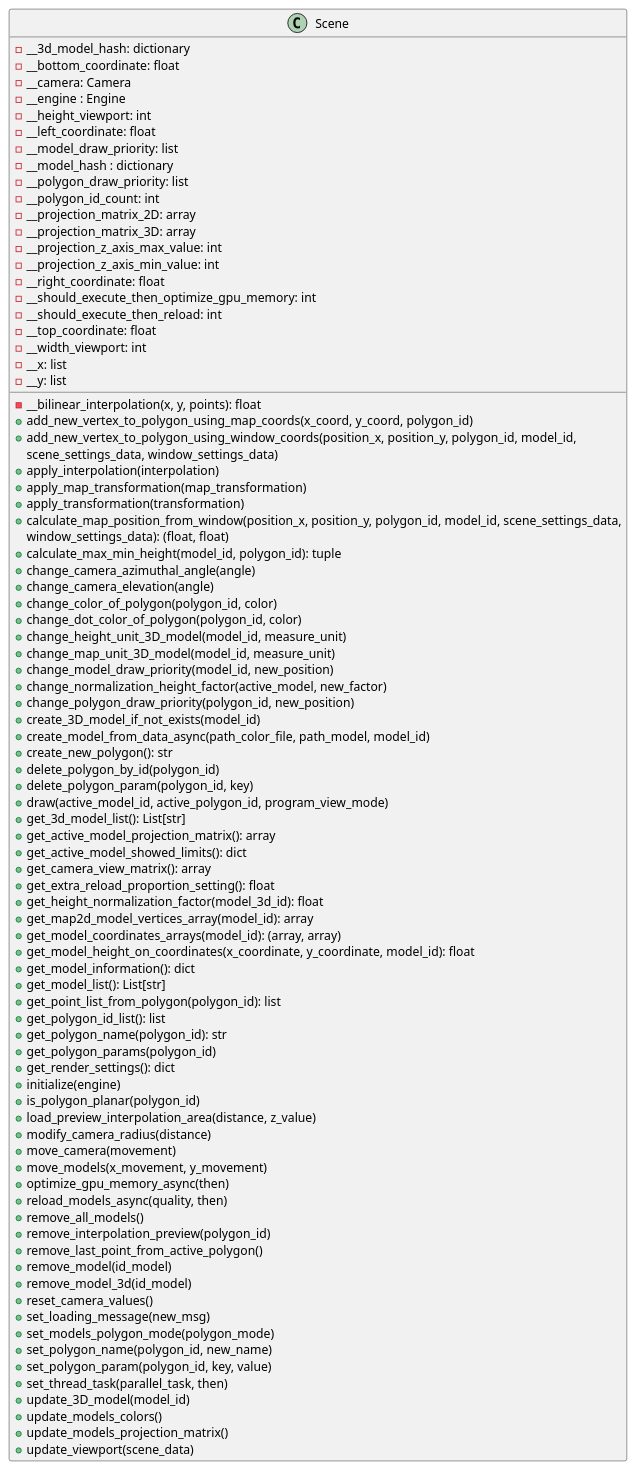
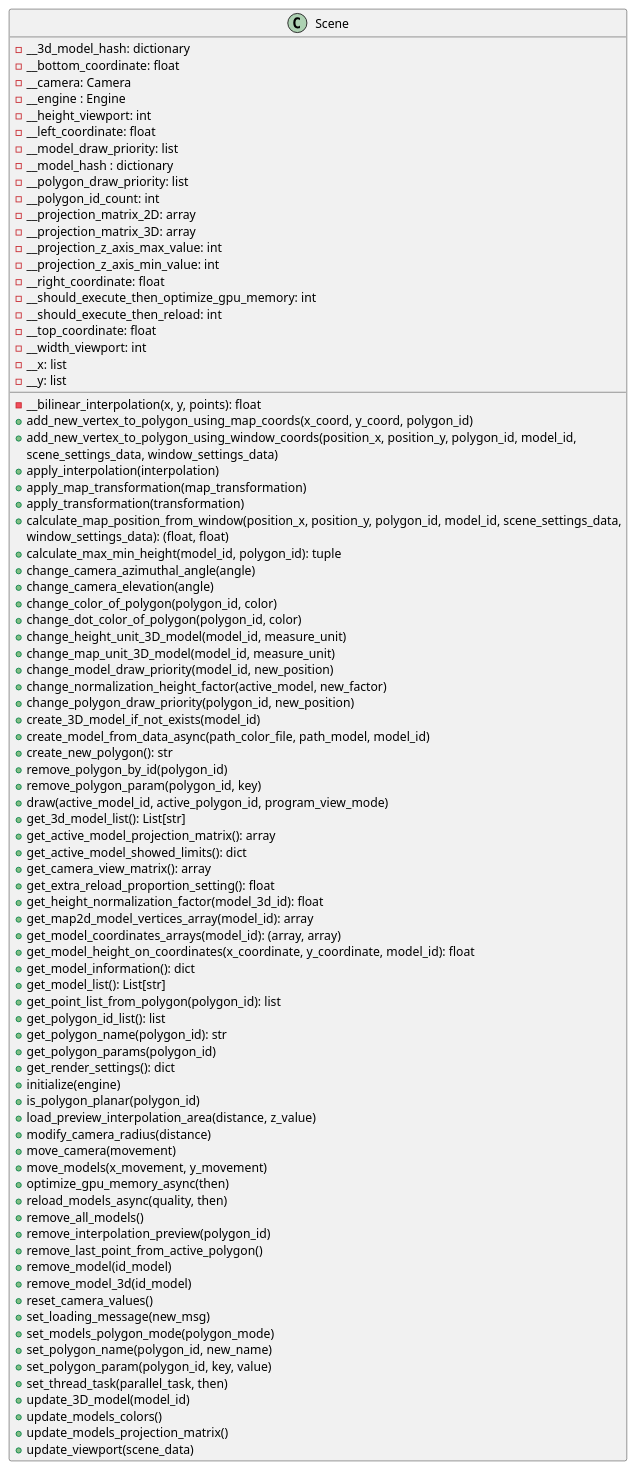
Before and after one commit to ferpoble2/Relief_Creator: the diagram in docs/classes/Scene.puml, drawn with PlantUML. The commit also changed 4 other files, not shown here.

```diff
--- a/docs/classes/Scene.puml
+++ b/docs/classes/Scene.puml
@@ -1,90 +1,90 @@
 @startuml
     class Scene{
         - __bilinear_interpolation(x, y, points): float
         + add_new_vertex_to_polygon_using_map_coords(x_coord, y_coord, polygon_id)
         + add_new_vertex_to_polygon_using_window_coords(position_x, position_y, polygon_id, model_id,
                                                         scene_settings_data, window_settings_data)
         + apply_interpolation(interpolation)
         + apply_map_transformation(map_transformation)
         + apply_transformation(transformation)
         + calculate_map_position_from_window(position_x, position_y, polygon_id, model_id, scene_settings_data,
                                                window_settings_data): (float, float)
         + calculate_max_min_height(model_id, polygon_id): tuple
         + change_camera_azimuthal_angle(angle)
         + change_camera_elevation(angle)
         + change_color_of_polygon(polygon_id, color)
         + change_dot_color_of_polygon(polygon_id, color)
         + change_height_unit_3D_model(model_id, measure_unit)
         + change_map_unit_3D_model(model_id, measure_unit)
         + change_model_draw_priority(model_id, new_position)
         + change_normalization_height_factor(active_model, new_factor)
         + change_polygon_draw_priority(polygon_id, new_position)
         + create_3D_model_if_not_exists(model_id)
         + create_model_from_data_async(path_color_file, path_model, model_id)
         + create_new_polygon(): str
-        + delete_polygon_by_id(polygon_id)
-        + delete_polygon_param(polygon_id, key)
+        + remove_polygon_by_id(polygon_id)
+        + remove_polygon_param(polygon_id, key)
         + draw(active_model_id, active_polygon_id, program_view_mode)
         + get_3d_model_list(): List[str]
         + get_active_model_projection_matrix(): array
         + get_active_model_showed_limits(): dict
         + get_camera_view_matrix(): array
         + get_extra_reload_proportion_setting(): float
         + get_height_normalization_factor(model_3d_id): float
         + get_map2d_model_vertices_array(model_id): array
         + get_model_coordinates_arrays(model_id): (array, array)
         + get_model_height_on_coordinates(x_coordinate, y_coordinate, model_id): float
         + get_model_information(): dict
         + get_model_list(): List[str]
         + get_point_list_from_polygon(polygon_id): list
         + get_polygon_id_list(): list
         + get_polygon_name(polygon_id): str
         + get_polygon_params(polygon_id)
         + get_render_settings(): dict
         + initialize(engine)
         + is_polygon_planar(polygon_id)
         + load_preview_interpolation_area(distance, z_value)
         + modify_camera_radius(distance)
         + move_camera(movement)
         + move_models(x_movement, y_movement)
         + optimize_gpu_memory_async(then)
         + reload_models_async(quality, then)
         + remove_all_models()
         + remove_interpolation_preview(polygon_id)
         + remove_last_point_from_active_polygon()
         + remove_model(id_model)
         + remove_model_3d(id_model)
         + reset_camera_values()
         + set_loading_message(new_msg)
         + set_models_polygon_mode(polygon_mode)
         + set_polygon_name(polygon_id, new_name)
         + set_polygon_param(polygon_id, key, value)
         + set_thread_task(parallel_task, then)
         + update_3D_model(model_id)
         + update_models_colors()
         + update_models_projection_matrix()
         + update_viewport(scene_data)
 
         - __3d_model_hash: dictionary
         - __bottom_coordinate: float
         - __camera: Camera
         - __engine : Engine
         - __height_viewport: int
         - __left_coordinate: float
         - __model_draw_priority: list
         - __model_hash : dictionary
         - __polygon_draw_priority: list
         - __polygon_id_count: int
         - __projection_matrix_2D: array
         - __projection_matrix_3D: array
         - __projection_z_axis_max_value: int
         - __projection_z_axis_min_value: int
         - __right_coordinate: float
         - __should_execute_then_optimize_gpu_memory: int
         - __should_execute_then_reload: int
         - __top_coordinate: float
         - __width_viewport: int
         - __x: list
         - __y: list
     }
 @enduml
```
